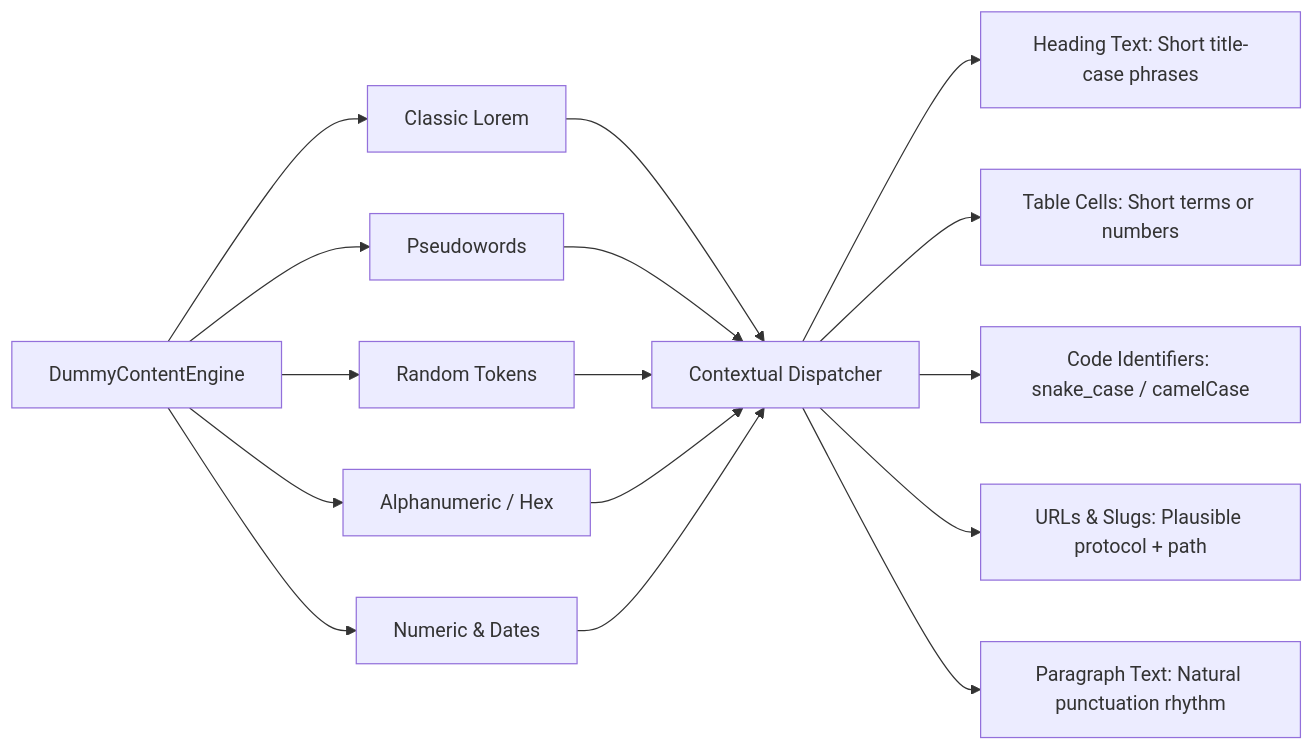
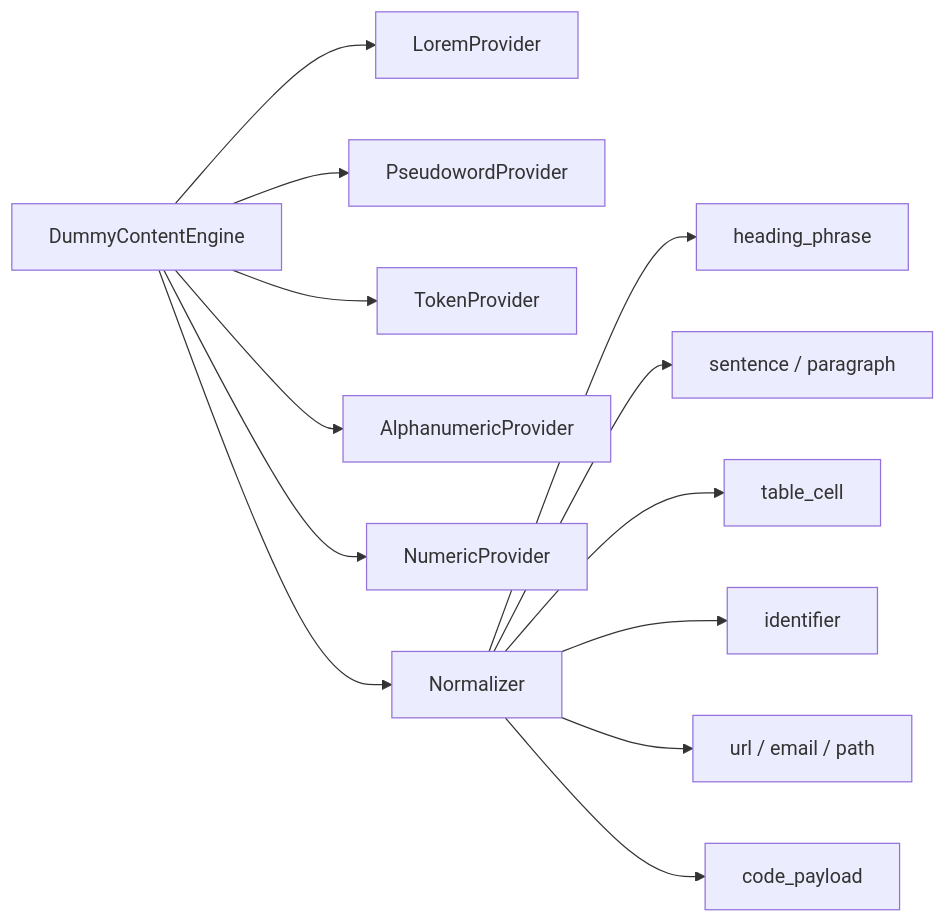
Before and after one commit to shakilapr/dummy-md: the third of 4 diagrams in ARCHITECTURE.md, drawn with Mermaid. The commit also changed other lines of this file and 1 other file, not shown here.

Commit message:
docs(architecture): formalize dialect-scoped feature model and generation tiers

````diff
--- a/ARCHITECTURE.md
+++ b/ARCHITECTURE.md
@@ -352,20 +488,15 @@
 ```mermaid
 flowchart LR
-    A[DummyContentEngine] --> B[Classic Lorem]
-    A --> C[Pseudowords]
-    A --> D[Random Tokens]
-    A --> E[Alphanumeric / Hex]
-    A --> F[Numeric & Dates]
-
-    B --> G[Contextual Dispatcher]
-    C --> G
-    D --> G
-    E --> G
-    F --> G
-
-    G --> H[Heading Text: Short title-case phrases]
-    G --> I[Table Cells: Short terms or numbers]
-    G --> J[Code Identifiers: snake_case / camelCase]
-    G --> K[URLs & Slugs: Plausible protocol + path]
-    G --> L[Paragraph Text: Natural punctuation rhythm]
+    A[DummyContentEngine] --> B[LoremProvider]
+    A --> C[PseudowordProvider]
+    A --> D[TokenProvider]
+    A --> E[AlphanumericProvider]
+    A --> F[NumericProvider]
+    A --> G[Normalizer]
+    G --> H[heading_phrase]
+    G --> I[sentence / paragraph]
+    G --> J[table_cell]
+    G --> K[identifier]
+    G --> L[url / email / path]
+    G --> M[code_payload]
 ```
````
